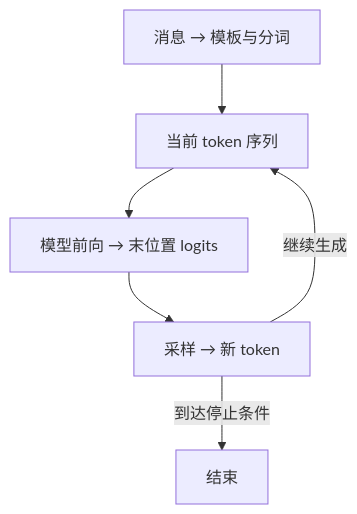
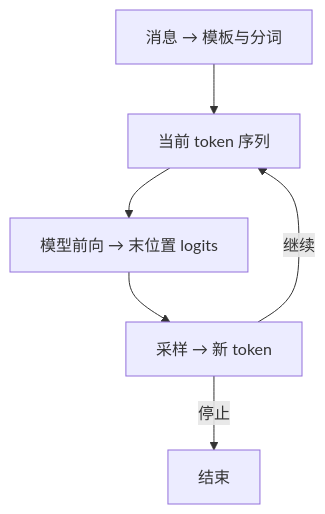
One commit to xhongduo-tech/xhongduo-tech.github.io changed the diagram in docs/foundations/index.md. Above: the diagram before and after it, drawn with Mermaid. The commit also changed 2 other files, not shown here.

Commit message:
Keep long derivations within narrow reading columns

````diff
--- a/docs/foundations/index.md
+++ b/docs/foundations/index.md
@@ -29,8 +29,8 @@
 ```mermaid
 flowchart TD
   A["消息 → 模板与分词"] --> B["当前 token 序列"]
   B --> C["模型前向 → 末位置 logits"]
   C --> D["采样 → 新 token"]
-  D -->|"继续生成"| B
-  D -->|"到达停止条件"| E["结束"]
+  D -->|"继续"| B
+  D -->|"停止"| E["结束"]
 ```
````
